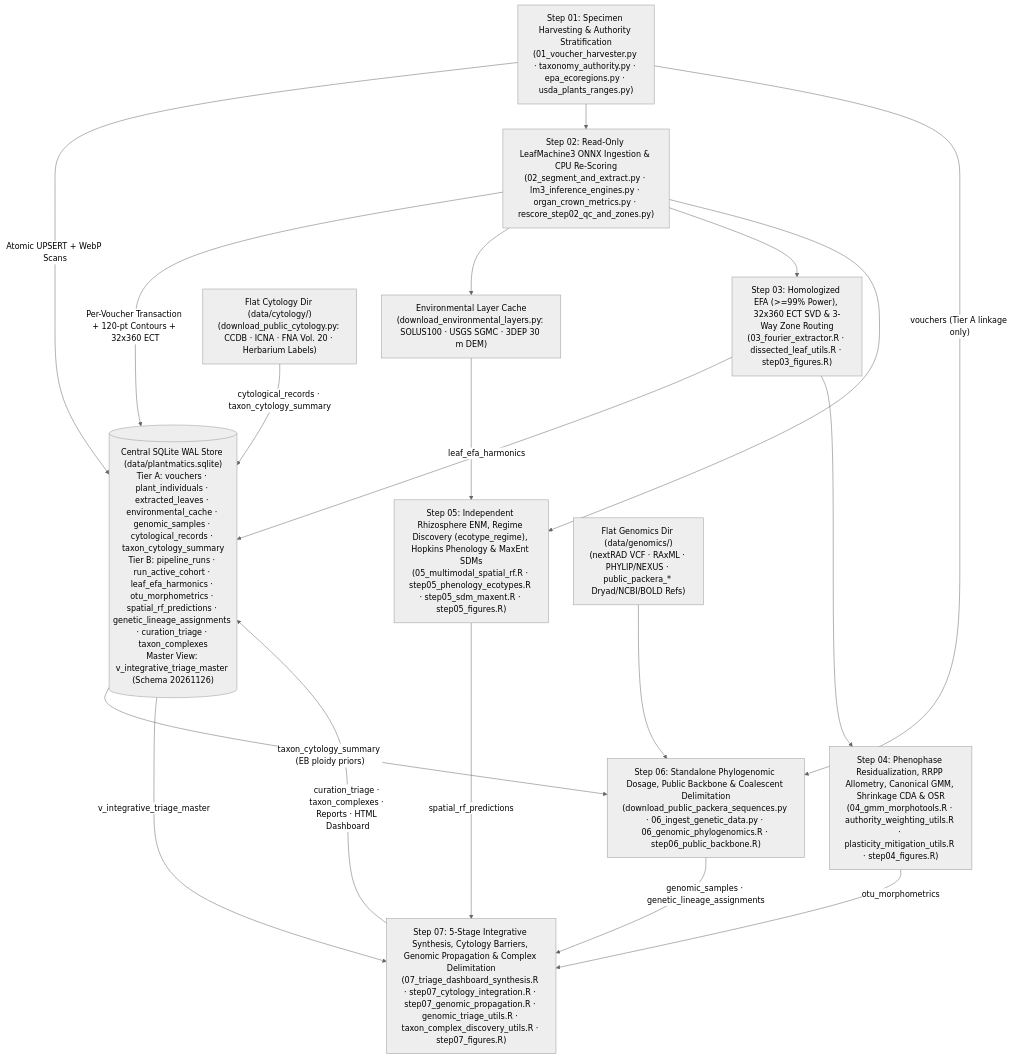
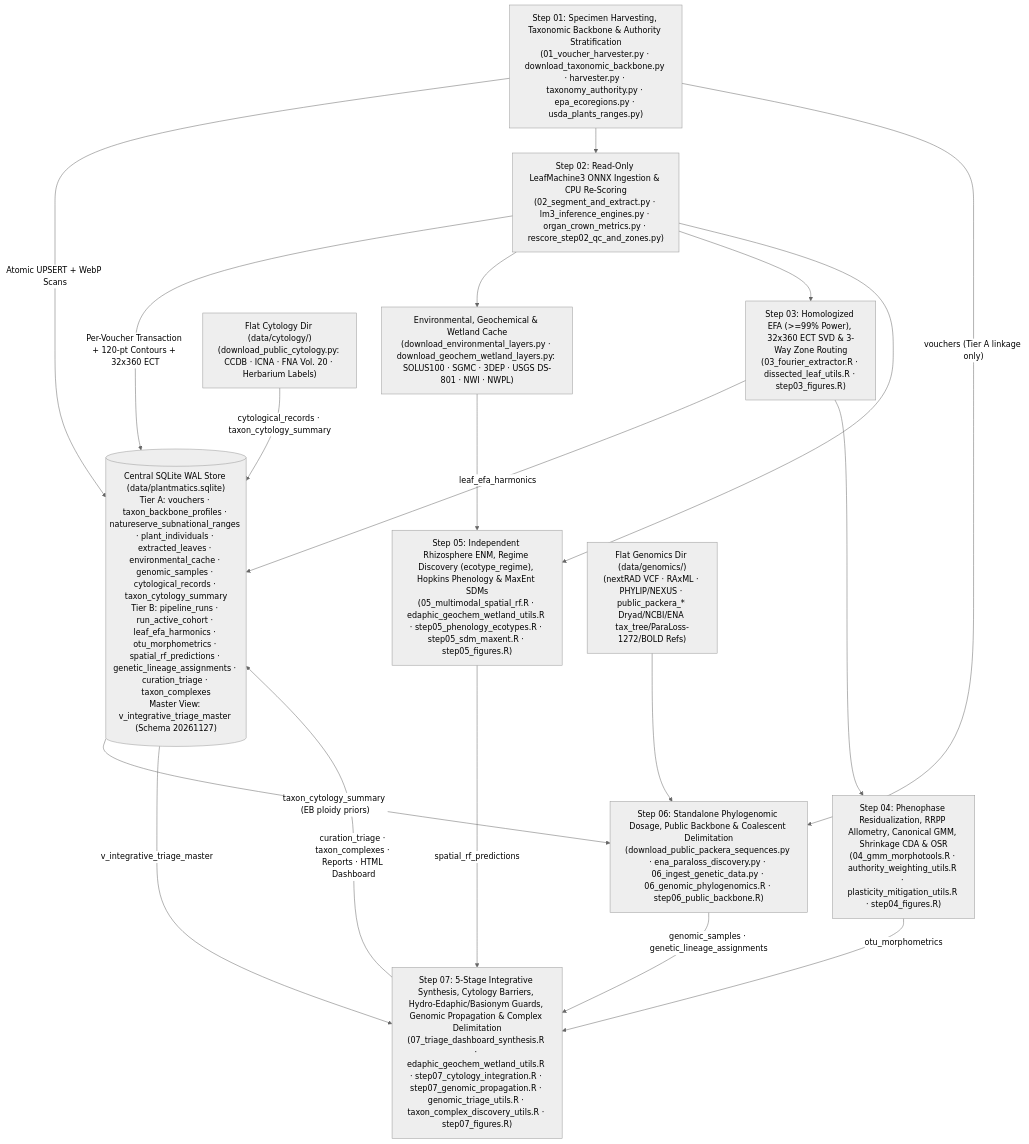
One commit to Plantatsrophe/Packera_dubia_morphometrics changed the diagram in README.md. Above: the diagram before and after it, drawn with Mermaid (neutral theme). The commit also changed other lines of this file and 36 other files, not shown here.

Commit message:
feat: integrate taxonomic backbones, edaphic geochemistry layers, and wetland data sources into pipeline

````diff
--- a/README.md
+++ b/README.md
@@ -31,23 +31,23 @@
 ```mermaid
 flowchart TD
-    DB[("Central SQLite WAL Store (data/plantmatics.sqlite)\nTier A: vouchers · plant_individuals · extracted_leaves · environmental_cache · genomic_samples · cytological_records · taxon_cytology_summary\nTier B: pipeline_runs · run_active_cohort · leaf_efa_harmonics · otu_morphometrics · spatial_rf_predictions · genetic_lineage_assignments · curation_triage · taxon_complexes\nMaster View: v_integrative_triage_master (Schema 20261126)")]
+    DB[("Central SQLite WAL Store (data/plantmatics.sqlite)\nTier A: vouchers · taxon_backbone_profiles · natureserve_subnational_ranges · plant_individuals · extracted_leaves · environmental_cache · genomic_samples · cytological_records · taxon_cytology_summary\nTier B: pipeline_runs · run_active_cohort · leaf_efa_harmonics · otu_morphometrics · spatial_rf_predictions · genetic_lineage_assignments · curation_triage · taxon_complexes\nMaster View: v_integrative_triage_master (Schema 20261127)")]
 
-    S1["Step 01: Specimen Harvesting & Authority Stratification\n(01_voucher_harvester.py · taxonomy_authority.py · epa_ecoregions.py · usda_plants_ranges.py)"] -->|"Atomic UPSERT + WebP Scans"| DB
+    S1["Step 01: Specimen Harvesting, Taxonomic Backbone & Authority Stratification\n(01_voucher_harvester.py · download_taxonomic_backbone.py · harvester.py · taxonomy_authority.py · epa_ecoregions.py · usda_plants_ranges.py)"] -->|"Atomic UPSERT + WebP Scans"| DB
     S1 --> S2["Step 02: Read-Only LeafMachine3 ONNX Ingestion & CPU Re-Scoring\n(02_segment_and_extract.py · lm3_inference_engines.py · organ_crown_metrics.py · rescore_step02_qc_and_zones.py)"]
     S2 -->|"Per-Voucher Transaction + 120-pt Contours + 32x360 ECT"| DB
-    S2 --> E0["Environmental Layer Cache\n(download_environmental_layers.py: SOLUS100 · USGS SGMC · 3DEP 30 m DEM)"]
+    S2 --> E0["Environmental, Geochemical & Wetland Cache\n(download_environmental_layers.py · download_geochem_wetland_layers.py: SOLUS100 · SGMC · 3DEP · USGS DS-801 · NWI · NWPL)"]
     S2 --> S3["Step 03: Homologized EFA (>=99% Power), 32x360 ECT SVD & 3-Way Zone Routing\n(03_fourier_extractor.R · dissected_leaf_utils.R · step03_figures.R)"]
     S3 -->|"leaf_efa_harmonics"| DB
     S3 --> S4["Step 04: Phenophase Residualization, RRPP Allometry, Canonical GMM, Shrinkage CDA & OSR\n(04_gmm_morphotools.R · authority_weighting_utils.R · plasticity_mitigation_utils.R · step04_figures.R)"]
     S4 -->|"otu_morphometrics"| S7
-    S2 --> S5["Step 05: Independent Rhizosphere ENM, Regime Discovery (ecotype_regime), Hopkins Phenology & MaxEnt SDMs\n(05_multimodal_spatial_rf.R · step05_phenology_ecotypes.R · step05_sdm_maxent.R · step05_figures.R)"]
+    S2 --> S5["Step 05: Independent Rhizosphere ENM, Regime Discovery (ecotype_regime), Hopkins Phenology & MaxEnt SDMs\n(05_multimodal_spatial_rf.R · edaphic_geochem_wetland_utils.R · step05_phenology_ecotypes.R · step05_sdm_maxent.R · step05_figures.R)"]
     E0 --> S5
     S5 -->|"spatial_rf_predictions"| S7
-    G0["Flat Genomics Dir (data/genomics/)\n(nextRAD VCF · RAxML · PHYLIP/NEXUS · public_packera_* Dryad/NCBI/BOLD Refs)"] --> S6["Step 06: Standalone Phylogenomic Dosage, Public Backbone & Coalescent Delimitation\n(download_public_packera_sequences.py · 06_ingest_genetic_data.py · 06_genomic_phylogenomics.R · step06_public_backbone.R)"]
+    G0["Flat Genomics Dir (data/genomics/)\n(nextRAD VCF · RAxML · PHYLIP/NEXUS · public_packera_* Dryad/NCBI/ENA tax_tree/ParaLoss-1272/BOLD Refs)"] --> S6["Step 06: Standalone Phylogenomic Dosage, Public Backbone & Coalescent Delimitation\n(download_public_packera_sequences.py · ena_paraloss_discovery.py · 06_ingest_genetic_data.py · 06_genomic_phylogenomics.R · step06_public_backbone.R)"]
     S1 -->|"vouchers (Tier A linkage only)"| S6
     S6 -->|"genomic_samples · genetic_lineage_assignments"| S7
     C0["Flat Cytology Dir (data/cytology/)\n(download_public_cytology.py: CCDB · ICNA · FNA Vol. 20 · Herbarium Labels)"] -->|"cytological_records · taxon_cytology_summary"| DB
     DB -->|"taxon_cytology_summary (EB ploidy priors)"| S6
-    DB -->|"v_integrative_triage_master"| S7["Step 07: 5-Stage Integrative Synthesis, Cytology Barriers, Genomic Propagation & Complex Delimitation\n(07_triage_dashboard_synthesis.R · step07_cytology_integration.R · step07_genomic_propagation.R · genomic_triage_utils.R · taxon_complex_discovery_utils.R · step07_figures.R)"]
+    DB -->|"v_integrative_triage_master"| S7["Step 07: 5-Stage Integrative Synthesis, Cytology Barriers, Hydro-Edaphic/Basionym Guards, Genomic Propagation & Complex Delimitation\n(07_triage_dashboard_synthesis.R · edaphic_geochem_wetland_utils.R · step07_cytology_integration.R · step07_genomic_propagation.R · genomic_triage_utils.R · taxon_complex_discovery_utils.R · step07_figures.R)"]
     S7 -->|"curation_triage · taxon_complexes · Reports · HTML Dashboard"| DB
 ```
````
